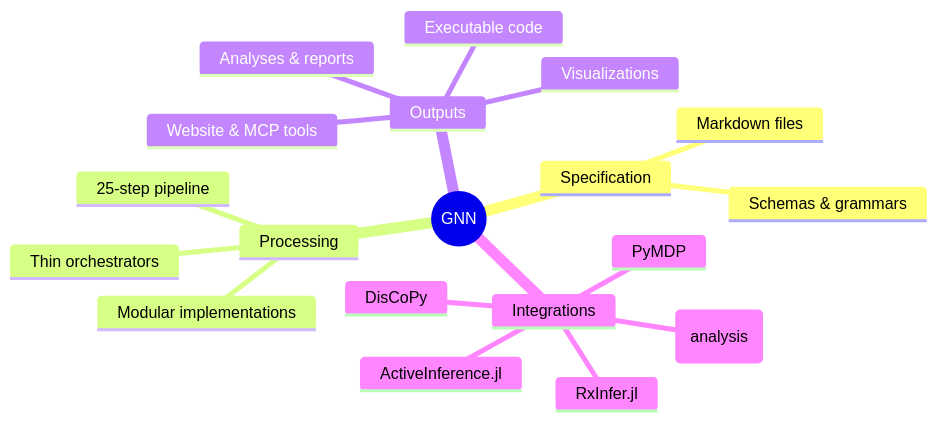
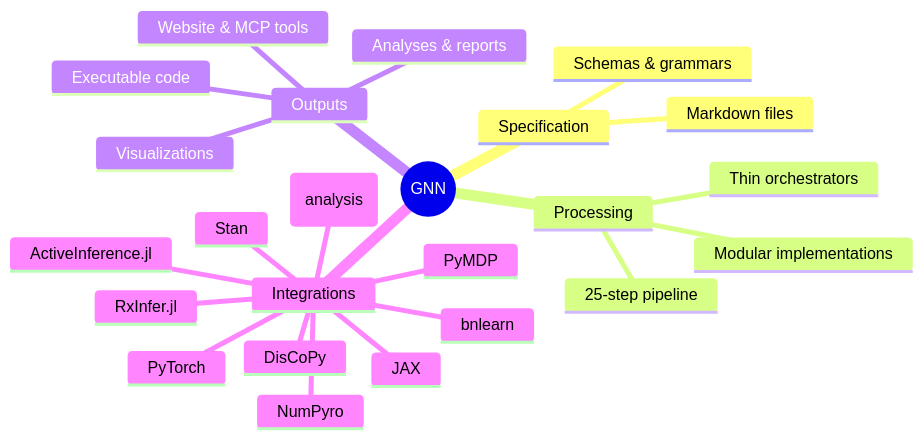
One commit to ActiveInferenceInstitute/GeneralizedNotationNotation changed the first of 7 diagrams in DOCS.md. Above: the diagram before and after it, drawn with Mermaid. The commit also changed other lines of this file and 278 other files, not shown here.

````diff
--- a/DOCS.md
+++ b/DOCS.md
@@ -24,22 +24,27 @@
 ```mermaid
 mindmap
   root((GNN))
     Specification
       Markdown files
       Schemas & grammars
     Processing
       25-step pipeline
       Thin orchestrators
       Modular implementations
     Outputs
       Visualizations
       Executable code
       Analyses & reports
       Website & MCP tools
     Integrations
       PyMDP
       RxInfer.jl
       ActiveInference.jl
+      JAX
       DisCoPy
+      PyTorch
+      NumPyro
+      Stan
+      bnlearn
       LLMs (analysis)
 ```
````
